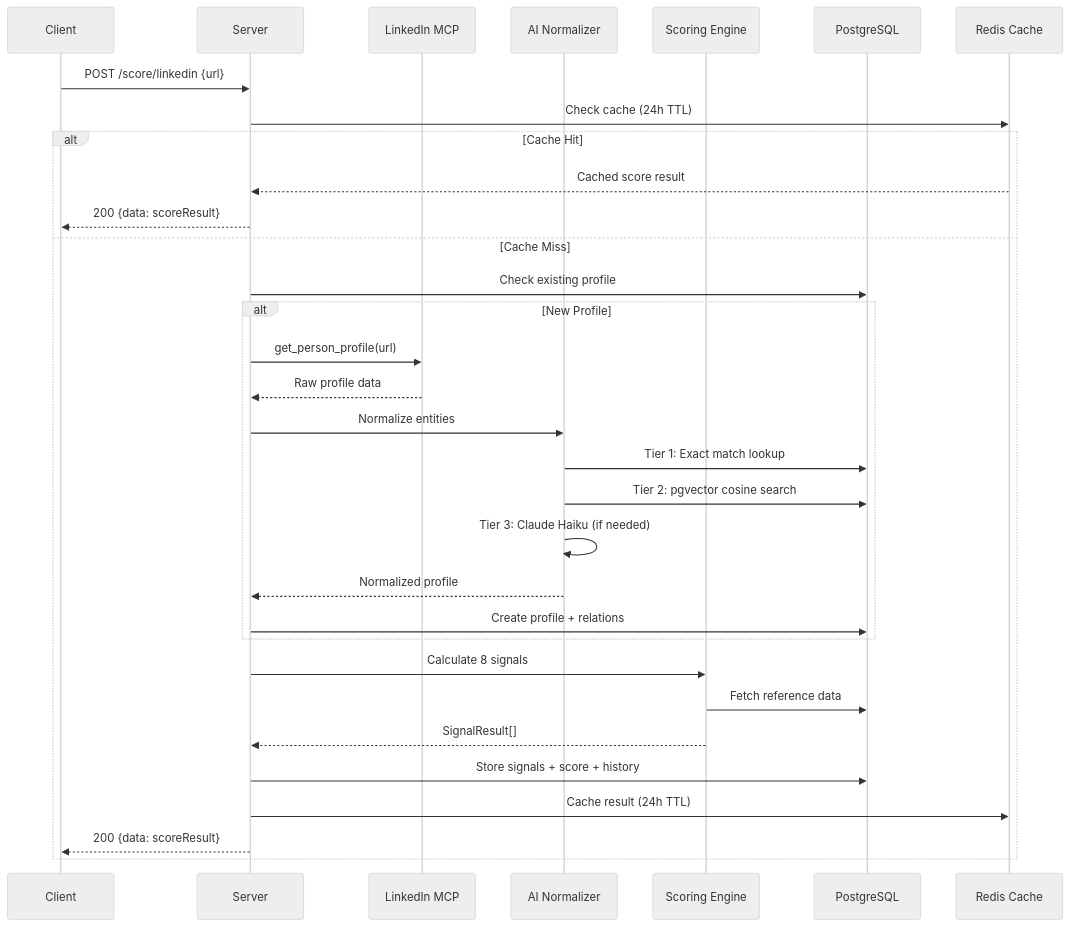
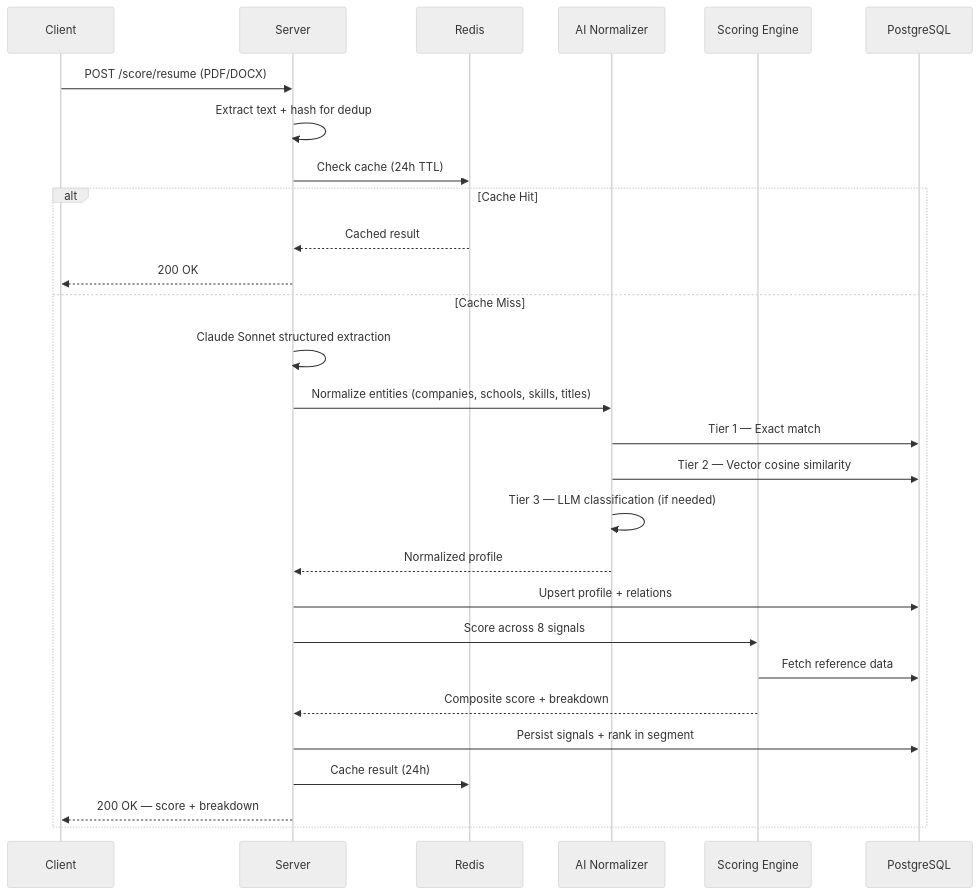
Before and after one commit to Sarthak88-cypher/Server_Scodash: the second of 3 diagrams in README.md, drawn with Mermaid (neutral theme). The commit also changed other lines of this file, not shown here.

First line of the commit message:
docs: improve README with detailed API docs, architecture diagrams, and setup guide

````diff
--- a/README.md
+++ b/README.md
@@ -53,38 +76,32 @@
 ```mermaid
 sequenceDiagram
     participant C as Client
     participant S as Server
-    participant MCP as LinkedIn MCP
+    participant R as Redis
     participant AI as AI Normalizer
     participant SE as Scoring Engine
     participant DB as PostgreSQL
-    participant R as Redis Cache
 
-    C->>S: POST /score/linkedin {url}
+    C->>S: POST /score/resume (PDF/DOCX)
+    S->>S: Extract text + hash for dedup
     S->>R: Check cache (24h TTL)
 
     alt Cache Hit
-        R-->>S: Cached score result
-        S-->>C: 200 {data: scoreResult}
+        R-->>S: Cached result
+        S-->>C: 200 OK
     else Cache Miss
-        S->>DB: Check existing profile
-
-        alt New Profile
-            S->>MCP: get_person_profile(url)
-            MCP-->>S: Raw profile data
-            S->>AI: Normalize entities
-            AI->>DB: Tier 1: Exact match lookup
-            AI->>DB: Tier 2: pgvector cosine search
-            AI->>AI: Tier 3: Claude Haiku (if needed)
-            AI-->>S: Normalized profile
-            S->>DB: Create profile + relations
-        end
-
-        S->>SE: Calculate 8 signals
+        S->>S: Claude Sonnet structured extraction
+        S->>AI: Normalize entities (companies, schools, skills, titles)
+        AI->>DB: Tier 1 — Exact match
+        AI->>DB: Tier 2 — Vector cosine similarity
+        AI->>AI: Tier 3 — LLM classification (if needed)
+        AI-->>S: Normalized profile
+        S->>DB: Upsert profile + relations
+        S->>SE: Score across 8 signals
         SE->>DB: Fetch reference data
-        SE-->>S: SignalResult[]
-        S->>DB: Store signals + score + history
-        S->>R: Cache result (24h TTL)
-        S-->>C: 200 {data: scoreResult}
+        SE-->>S: Composite score + breakdown
+        S->>DB: Persist signals + rank in segment
+        S->>R: Cache result (24h)
+        S-->>C: 200 OK — score + breakdown
     end
 ```
````
